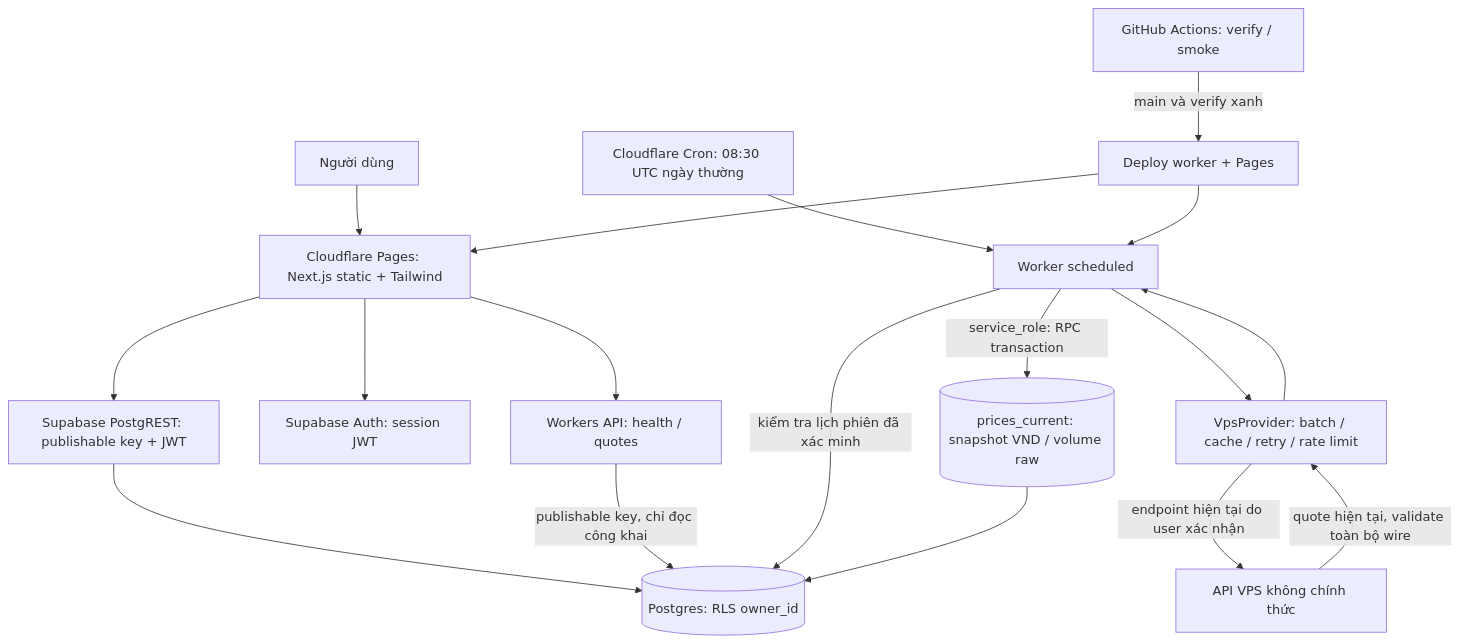
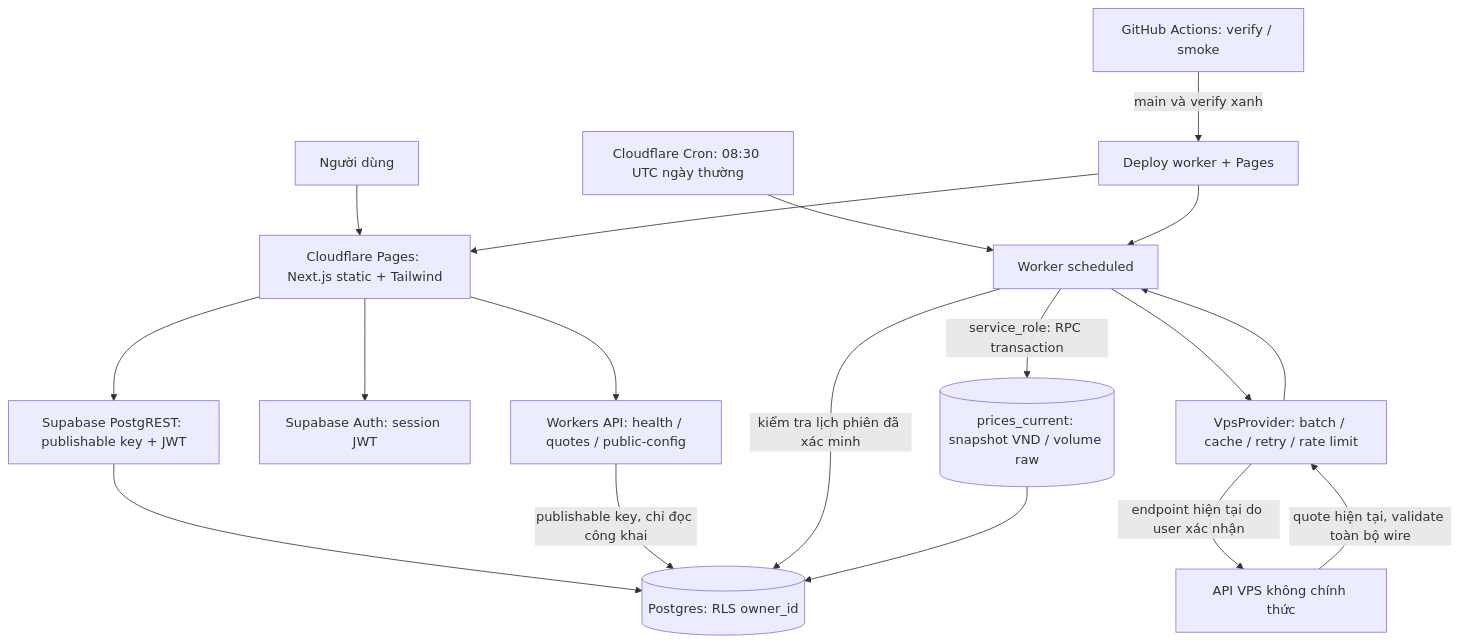
One commit to BigbossHust0106/vn-stock-analyzer changed the diagram in docs/architecture.md. Above: the diagram before and after it, drawn with Mermaid. The commit also changed other lines of this file, not shown here.

Commit message:
docs: explain public runtime configuration and connection checks

````diff
--- a/docs/architecture.md
+++ b/docs/architecture.md
@@ -3,20 +3,20 @@
 ```mermaid
 flowchart TD
   U[Người dùng] --> P[Cloudflare Pages: Next.js static + Tailwind]
-  P --> A[Workers API: health / quotes]
+  P --> A[Workers API: health / quotes / public-config]
   P --> AU[Supabase Auth: session JWT]
   P --> R[Supabase PostgREST: publishable key + JWT]
   R --> DB[(Postgres: RLS owner_id)]
   A -->|publishable key, chỉ đọc công khai| DB
   C[Cloudflare Cron: 08:30 UTC ngày thường] --> W[Worker scheduled]
   W -->|kiểm tra lịch phiên đã xác minh| DB
   W --> V[VpsProvider: batch / cache / retry / rate limit]
   V -->|endpoint hiện tại do user xác nhận| VPS[API VPS không chính thức]
   VPS -->|quote hiện tại, validate toàn bộ wire| V
   V --> W
   W -->|service_role: RPC transaction| Q[(prices_current: snapshot VND / volume raw)]
   Q --> DB
   GH[GitHub Actions: verify / smoke] -->|main và verify xanh| DEP[Deploy worker + Pages]
   DEP --> P
   DEP --> W
 ```
````
